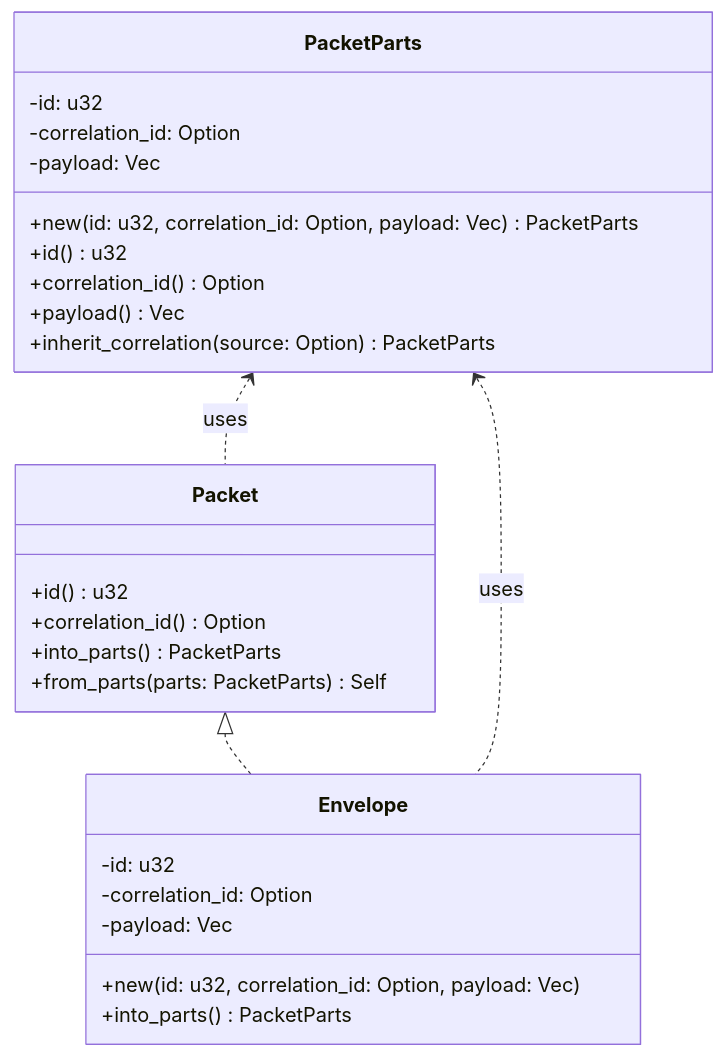
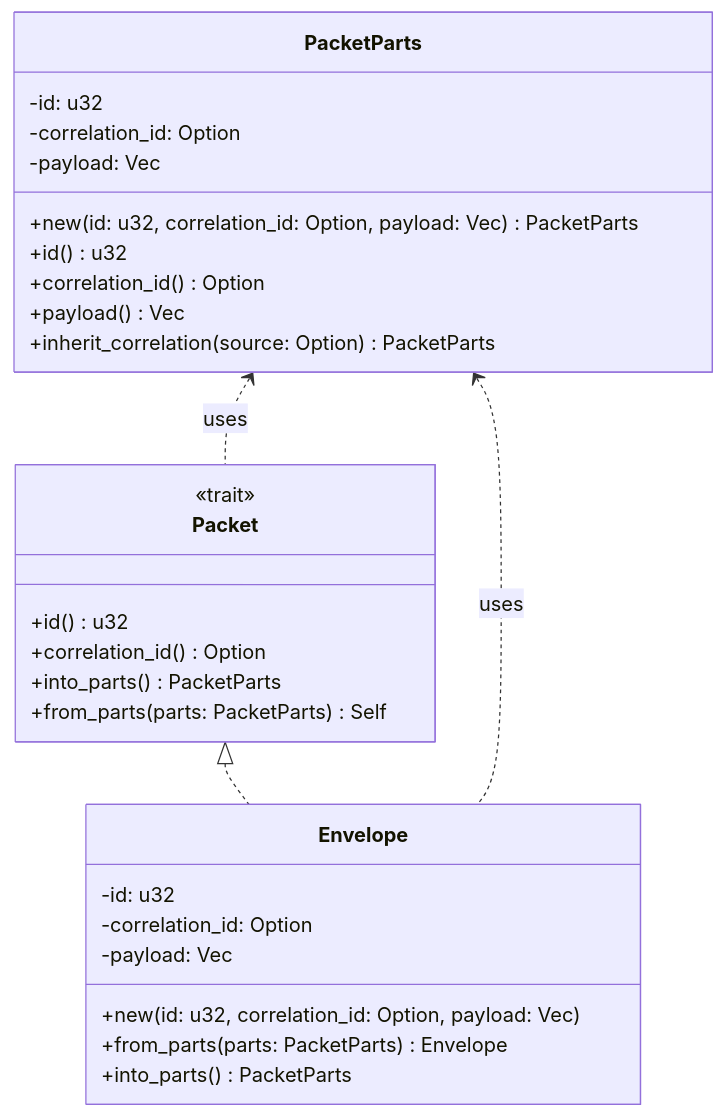
Before and after one commit to leynos/wireframe: the fourth of 6 diagrams in docs/rust-binary-router-library-design.md, drawn with Mermaid. The commit also changed other lines of this file, not shown here.

Commit message:
Clarify packet abstraction diagram

````diff
--- a/docs/rust-binary-router-library-design.md
+++ b/docs/rust-binary-router-library-design.md
@@ -507,29 +508,31 @@
 ```mermaid
 classDiagram
     class Packet {
+        <<trait>>
         +id() u32
         +correlation_id() Option<u64>
         +into_parts() PacketParts
         +from_parts(parts: PacketParts) Self
     }
     class PacketParts {
         -id: u32
         -correlation_id: Option<u64>
         -payload: Vec<u8>
         +new(id: u32, correlation_id: Option<u64>, payload: Vec<u8>) PacketParts
         +id() u32
         +correlation_id() Option<u64>
         +payload() Vec<u8>
         +inherit_correlation(source: Option<u64>) PacketParts
     }
     class Envelope {
         -id: u32
         -correlation_id: Option<u64>
         -payload: Vec<u8>
         +new(id: u32, correlation_id: Option<u64>, payload: Vec<u8>)
+        +from_parts(parts: PacketParts) Envelope
         +into_parts() PacketParts
     }
     Packet <|.. Envelope
     PacketParts <.. Envelope : uses
     PacketParts <.. Packet : uses
 ```
````
